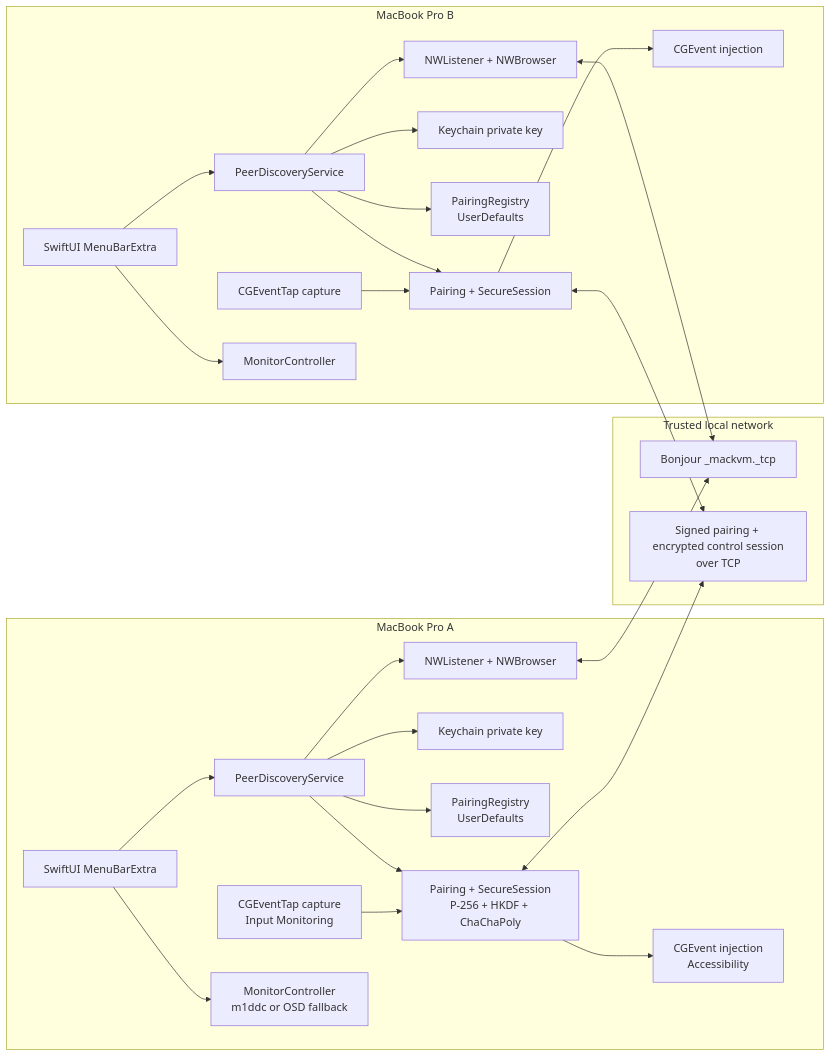
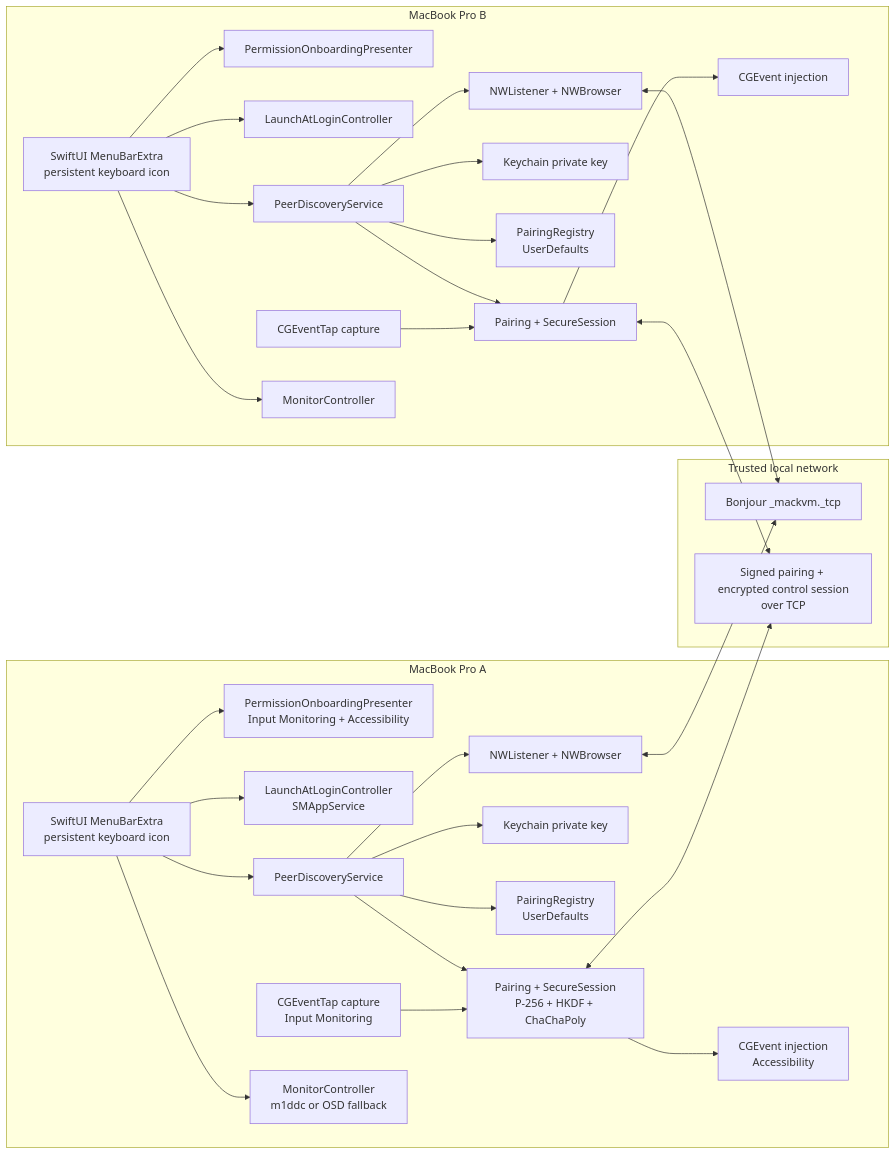
One commit to rudinyu/MacKVM changed the first of 3 diagrams in ARCHITECTURE.md. Above: the diagram before and after it, drawn with Mermaid. The commit also changed other lines of this file and 21 other files, not shown here.

First line of the commit message:
feat: add app icon and permission onboarding

````diff
--- a/ARCHITECTURE.md
+++ b/ARCHITECTURE.md
@@ -9,52 +9,60 @@
 ```mermaid
 flowchart LR
     subgraph MacA["MacBook Pro A"]
-        UIA["SwiftUI MenuBarExtra"]
+        UIA["SwiftUI MenuBarExtra<br/>persistent keyboard icon"]
+        PermA["PermissionOnboardingPresenter<br/>Input Monitoring + Accessibility"]
+        LoginA["LaunchAtLoginController<br/>SMAppService"]
         DA["PeerDiscoveryService"]
         WA["NWListener + NWBrowser"]
         KA["Keychain private key"]
         RA["PairingRegistry<br/>UserDefaults"]
         PA["Pairing + SecureSession<br/>P-256 + HKDF + ChaChaPoly"]
         IA["CGEventTap capture<br/>Input Monitoring"]
         OA["CGEvent injection<br/>Accessibility"]
         MA["MonitorController<br/>m1ddc or OSD fallback"]
         UIA --> DA
+        UIA --> PermA
+        UIA --> LoginA
         DA --> WA
         DA --> PA
         DA --> KA
         DA --> RA
         IA --> PA
         PA --> OA
         UIA --> MA
     end
 
     subgraph LAN["Trusted local network"]
         Bonjour["Bonjour _mackvm._tcp"]
         TCP["Signed pairing + encrypted control session<br/>over TCP"]
     end
 
     subgraph MacB["MacBook Pro B"]
-        UIB["SwiftUI MenuBarExtra"]
+        UIB["SwiftUI MenuBarExtra<br/>persistent keyboard icon"]
+        PermB["PermissionOnboardingPresenter"]
+        LoginB["LaunchAtLoginController"]
         DB["PeerDiscoveryService"]
         WB["NWListener + NWBrowser"]
         KB["Keychain private key"]
         RB["PairingRegistry<br/>UserDefaults"]
         PB["Pairing + SecureSession"]
         IB["CGEventTap capture"]
         OB["CGEvent injection"]
         MB["MonitorController"]
         UIB --> DB
+        UIB --> PermB
+        UIB --> LoginB
         DB --> WB
         DB --> PB
         DB --> KB
         DB --> RB
         IB --> PB
         PB --> OB
         UIB --> MB
     end
 
     WA <--> Bonjour
     WB <--> Bonjour
     PA <--> TCP
     PB <--> TCP
 ```
````
